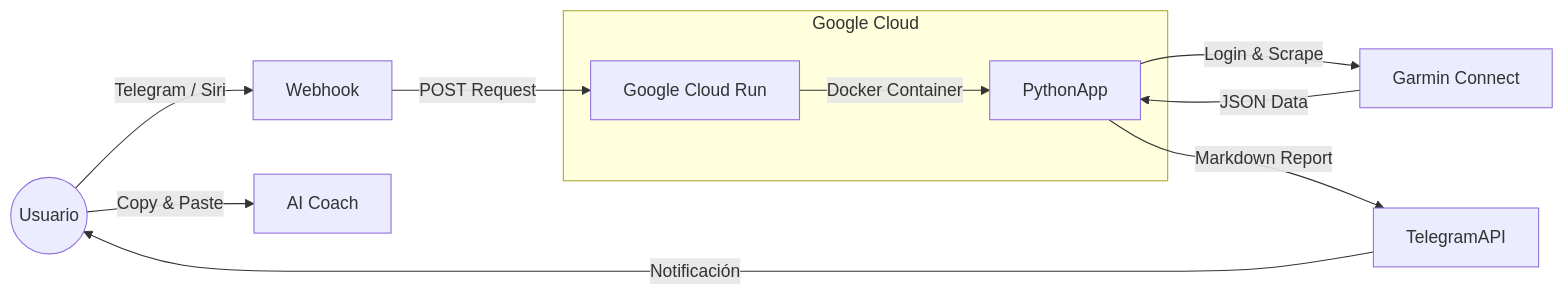
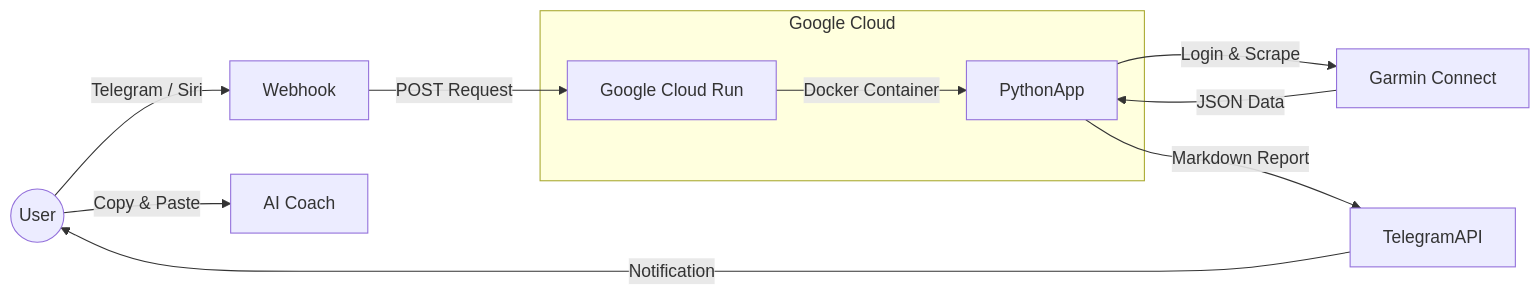
The first of 2 diagrams in README.md (JoseJuanSE/Running-Report-Garmin-Telegram-Bot), drawn with Mermaid before and after one commit. The commit also changed other lines of this file and 2 other files, not shown here.

````diff
--- a/README.md
+++ b/README.md
@@ -119,15 +122,15 @@
 ```mermaid
 graph LR
-    User((Usuario)) -- "Telegram / Siri" --> Webhook
+    User((User)) -- "Telegram / Siri" --> Webhook
     Webhook -- "POST Request" --> CloudRun[Google Cloud Run]
 
     subgraph "Google Cloud"
         CloudRun -- "Docker Container" --> PythonApp
     end
 
     PythonApp -- "Login & Scrape" --> GarminAPI[Garmin Connect]
     GarminAPI -- "JSON Data" --> PythonApp
     PythonApp -- "Markdown Report" --> TelegramAPI
-    TelegramAPI -- "Notificación" --> User
+    TelegramAPI -- "Notification" --> User
     User -- "Copy & Paste" --> LLM_Coach[AI Coach]
 ```
````
